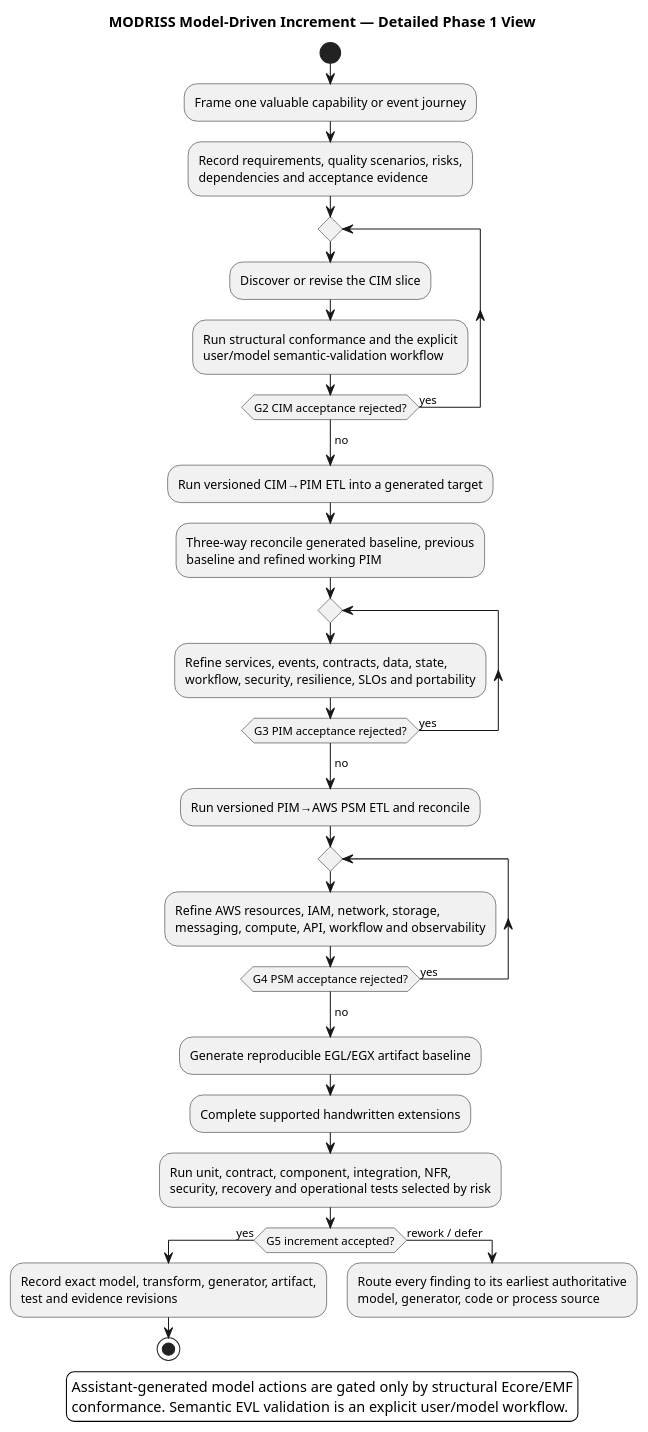
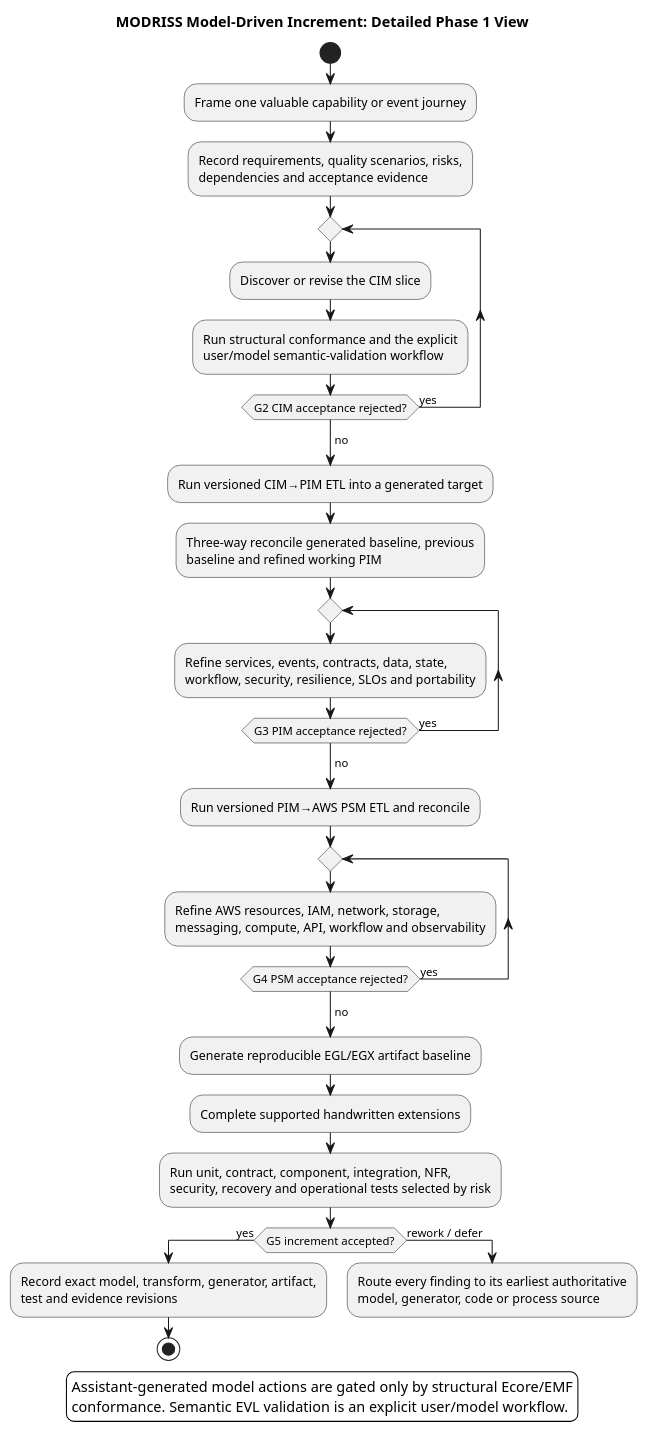
One commit to mehdieidi/modriss changed the diagram in mde/process/method/spem/views/model-driven-increment.puml. Above: the diagram before and after it, drawn with PlantUML. The commit also changed 36 other files, not shown here.

```diff
--- a/mde/process/method/spem/views/model-driven-increment.puml
+++ b/mde/process/method/spem/views/model-driven-increment.puml
@@ -1,46 +1,46 @@
 @startuml
-title MODRISS Model-Driven Increment — Detailed Phase 1 View
+title MODRISS Model-Driven Increment: Detailed Phase 1 View
 
 skinparam backgroundColor white
 skinparam shadowing false
 
 start
 :Frame one valuable capability or event journey;
 :Record requirements, quality scenarios, risks,\ndependencies and acceptance evidence;
 
 repeat
   :Discover or revise the CIM slice;
   :Run structural conformance and the explicit\nuser/model semantic-validation workflow;
 repeat while (G2 CIM acceptance rejected?) is (yes)
 -> no;
 
 :Run versioned CIM→PIM ETL into a generated target;
 :Three-way reconcile generated baseline, previous\nbaseline and refined working PIM;
 repeat
   :Refine services, events, contracts, data, state,\nworkflow, security, resilience, SLOs and portability;
 repeat while (G3 PIM acceptance rejected?) is (yes)
 -> no;
 
 :Run versioned PIM→AWS PSM ETL and reconcile;
 repeat
   :Refine AWS resources, IAM, network, storage,\nmessaging, compute, API, workflow and observability;
 repeat while (G4 PSM acceptance rejected?) is (yes)
 -> no;
 
 :Generate reproducible EGL/EGX artifact baseline;
 :Complete supported handwritten extensions;
 :Run unit, contract, component, integration, NFR,\nsecurity, recovery and operational tests selected by risk;
 
 if (G5 increment accepted?) then (yes)
   :Record exact model, transform, generator, artifact,\ntest and evidence revisions;
   stop
 else (rework / defer)
   :Route every finding to its earliest authoritative\nmodel, generator, code or process source;
   detach
 endif
 
 legend bottom
   Assistant-generated model actions are gated only by structural Ecore/EMF
   conformance. Semantic EVL validation is an explicit user/model workflow.
 endlegend
 @enduml
```
